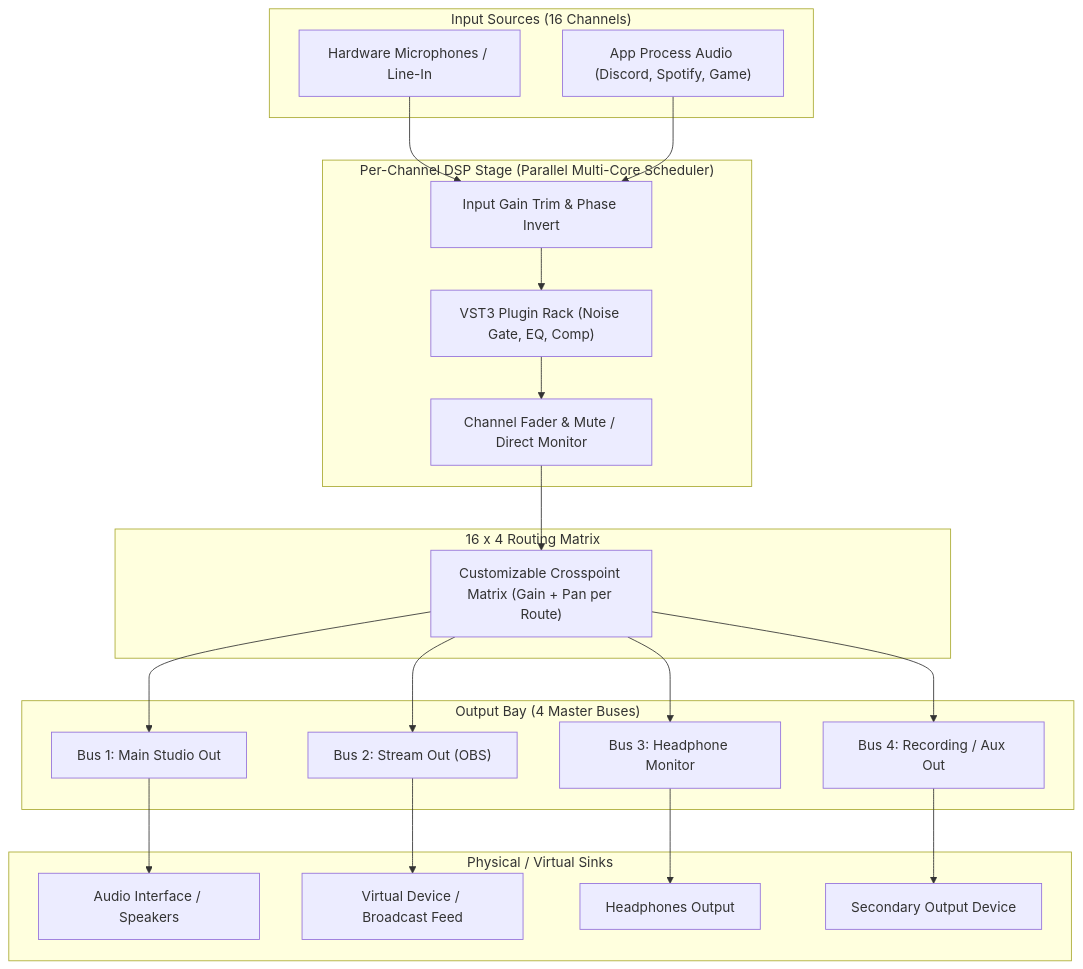
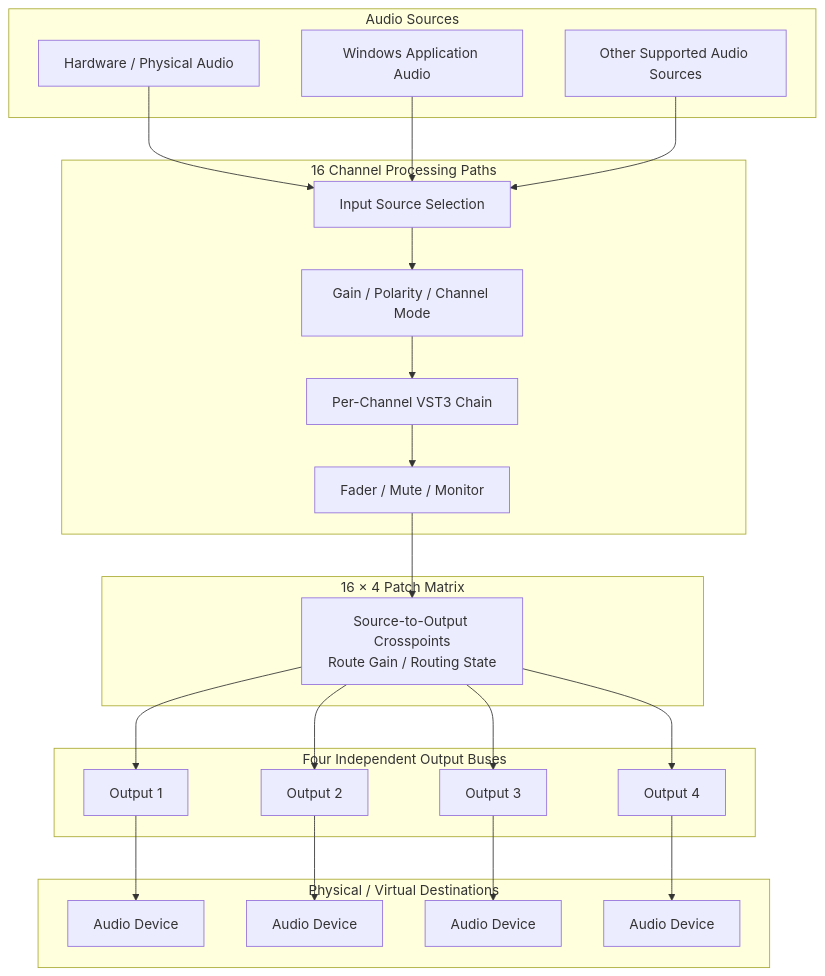
Before and after one commit to AiChan277/DSD-mixer: the diagram in README.md, drawn with Mermaid. The commit also changed other lines of this file, not shown here.

````diff
--- a/README.md
+++ b/README.md
@@ -136,45 +370,49 @@
 ```mermaid
 flowchart TD
-    subgraph Inputs ["Input Sources (16 Channels)"]
-        HW["Hardware Microphones / Line-In"]
-        WASAPI_APP["App Process Audio (Discord, Spotify, Game)"]
+    subgraph Sources["Audio Sources"]
+        HW["Hardware / Physical Audio"]
+        APP["Windows Application Audio"]
+        VIRT["Other Supported Audio Sources"]
     end
 
-    subgraph ChannelDSP ["Per-Channel DSP Stage (Parallel Multi-Core Scheduler)"]
-        GAIN["Input Gain Trim & Phase Invert"]
-        VSTRACK["VST3 Plugin Rack (Noise Gate, EQ, Comp)"]
-        FADER["Channel Fader & Mute / Direct Monitor"]
+    subgraph Channels["16 Channel Processing Paths"]
+        SRC["Input Source Selection"]
+        GAIN["Gain / Polarity / Channel Mode"]
+        VST["Per-Channel VST3 Chain"]
+        FADER["Fader / Mute / Monitor"]
     end
 
-    subgraph Matrix ["16 x 4 Routing Matrix"]
-        ROUTER["Customizable Crosspoint Matrix (Gain + Pan per Route)"]
+    subgraph Matrix["16 × 4 Patch Matrix"]
+        ROUTE["Source-to-Output Crosspoints\nRoute Gain / Routing State"]
     end
 
-    subgraph Outputs ["Output Bay (4 Master Buses)"]
-        BUS1["Bus 1: Main Studio Out"]
-        BUS2["Bus 2: Stream Out (OBS)"]
-        BUS3["Bus 3: Headphone Monitor"]
-        BUS4["Bus 4: Recording / Aux Out"]
+    subgraph Outputs["Four Independent Output Buses"]
+        OUT1["Output 1"]
+        OUT2["Output 2"]
+        OUT3["Output 3"]
+        OUT4["Output 4"]
     end
 
-    subgraph Sinks ["Physical / Virtual Sinks"]
-        DEV1["Audio Interface / Speakers"]
-        DEV2["Virtual Device / Broadcast Feed"]
-        DEV3["Headphones Output"]
-        DEV4["Secondary Output Device"]
+    subgraph Devices["Physical / Virtual Destinations"]
+        D1["Audio Device"]
+        D2["Audio Device"]
+        D3["Audio Device"]
+        D4["Audio Device"]
     end
 
-    HW --> GAIN
-    WASAPI_APP --> GAIN
-    GAIN --> VSTRACK
-    VSTRACK --> FADER
-    FADER --> ROUTER
-    ROUTER --> BUS1
-    ROUTER --> BUS2
-    ROUTER --> BUS3
-    ROUTER --> BUS4
-    BUS1 --> DEV1
-    BUS2 --> DEV2
-    BUS3 --> DEV3
-    BUS4 --> DEV4
+    HW --> SRC
+    APP --> SRC
+    VIRT --> SRC
+    SRC --> GAIN
+    GAIN --> VST
+    VST --> FADER
+    FADER --> ROUTE
+    ROUTE --> OUT1
+    ROUTE --> OUT2
+    ROUTE --> OUT3
+    ROUTE --> OUT4
+    OUT1 --> D1
+    OUT2 --> D2
+    OUT3 --> D3
+    OUT4 --> D4
 ```
````
